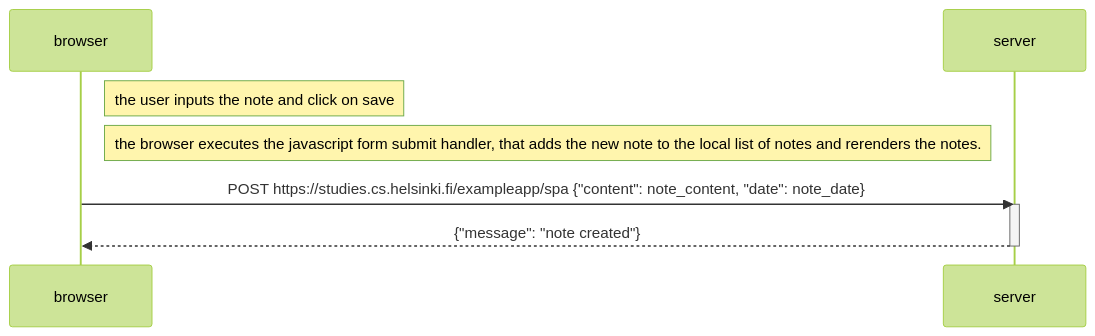
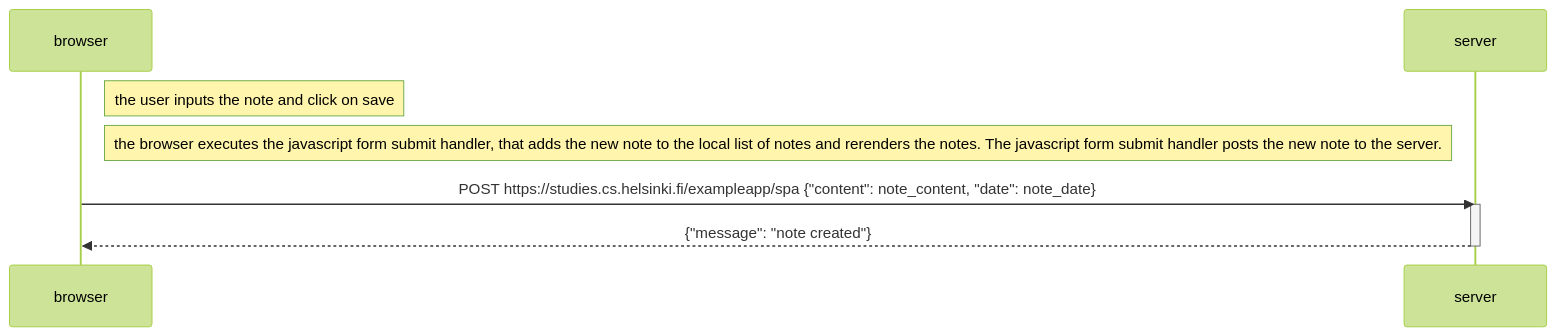
Before and after one commit to markh0rr/fullstackopen: the diagram in part0/0.6/ReadMe.md, drawn with Mermaid (forest theme). The commit also changed 11 other files, not shown here.

````diff
--- a/part0/0.6/ReadMe.md
+++ b/part0/0.6/ReadMe.md
@@ -3,14 +3,14 @@
 ```mermaid
 sequenceDiagram
     participant browser
     participant server
 
     Note right of browser: the user inputs the note and click on save
 
-    Note right of browser: the browser executes the javascript form submit handler, that adds the new note to the local list of notes and rerenders the notes.
+    Note right of browser: the browser executes the javascript form submit handler, that adds the new note to the local list of notes and rerenders the notes. The javascript form submit handler posts the new note to the server.
 
     browser->>server: POST https://studies.cs.helsinki.fi/exampleapp/spa {"content": note_content, "date": note_date}
     activate server
     server-->>browser: {"message": "note created"}
     deactivate server
 ```
````
